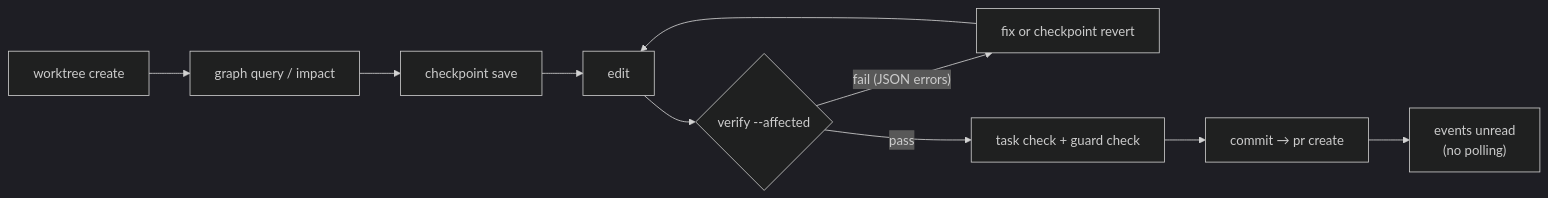
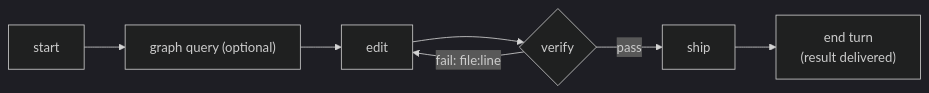
One commit to M0xoo/monoflow changed the diagram in README.md. Above: the diagram before and after it, drawn with Mermaid (dark theme). The commit also changed other lines of this file and 12 other files, not shown here.

First line of the commit message:
docs: redesign the site and README around start/verify/ship; fix bin path and background verify bugs

````diff
--- a/README.md
+++ b/README.md
@@ -150,12 +78,9 @@
 ```mermaid
 flowchart LR
-    A["worktree create"] --> B["graph query / impact"]
-    B --> C["checkpoint save"]
-    C --> D["edit"]
-    D --> E{"verify --affected"}
-    E -- "fail (JSON errors)" --> F["fix or checkpoint revert"]
-    F --> D
-    E -- "pass" --> G["task check + guard check"]
-    G --> H["commit → pr create"]
-    H --> I["events unread<br/>(no polling)"]
+    A["start"] --> B["graph query (optional)"]
+    B --> C["edit"]
+    C --> D{"verify"}
+    D -- "fail: file:line" --> C
+    D -- "pass" --> E["ship"]
+    E --> F["end turn<br/>(result delivered)"]
 ```
````
